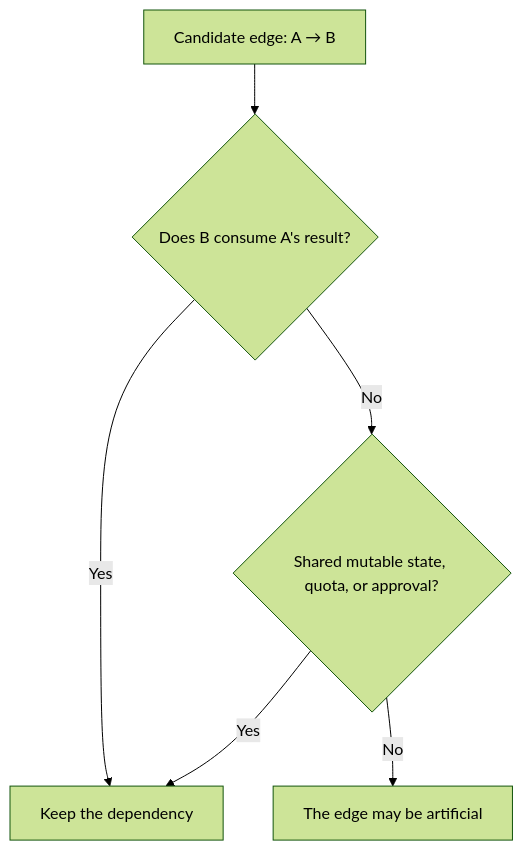
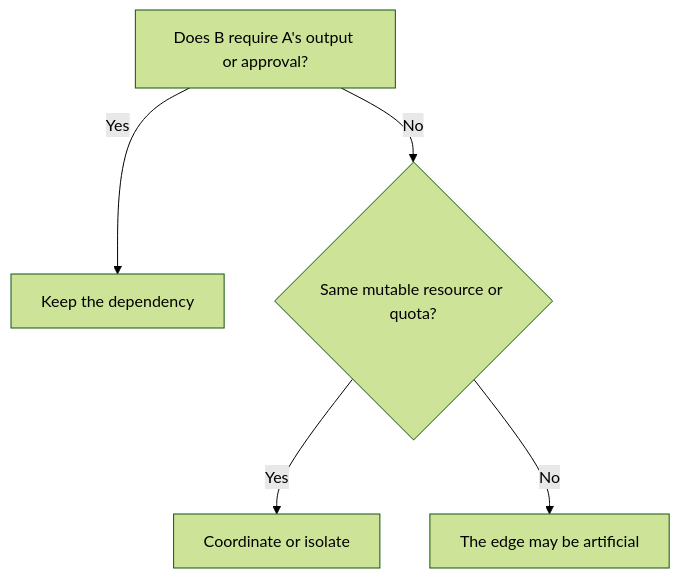
Before and after one commit to Herbertcuba/herbertcuba-personal-blog: the first of 2 diagrams in src/drafts/df3f4646.md, drawn with Mermaid (forest theme). The commit also changed other lines of this file, not shown here.

Commit message:
draft(t_3af0b546): Use a Pipeline Until the Work Proves It Needs a Graph

````diff
--- a/src/drafts/df3f4646.md
+++ b/src/drafts/df3f4646.md
@@ -24,8 +40,7 @@
 ```mermaid
 flowchart TD
-    E["Candidate edge: A → B"] --> D{"Does B consume A's result?"}
-    D -- Yes --> K["Keep the dependency"]
-    D -- No --> R{"Shared mutable state, quota, or approval?"}
-    R -- Yes --> K
-    R -- No --> F["The edge may be artificial"]
+    A["Does B require A's output or approval?"] -->|Yes| E["Keep the dependency"]
+    A -->|No| R{"Same mutable resource or quota?"}
+    R -->|Yes| C["Coordinate or isolate"]
+    R -->|No| F["The edge may be artificial"]
 ```
````
